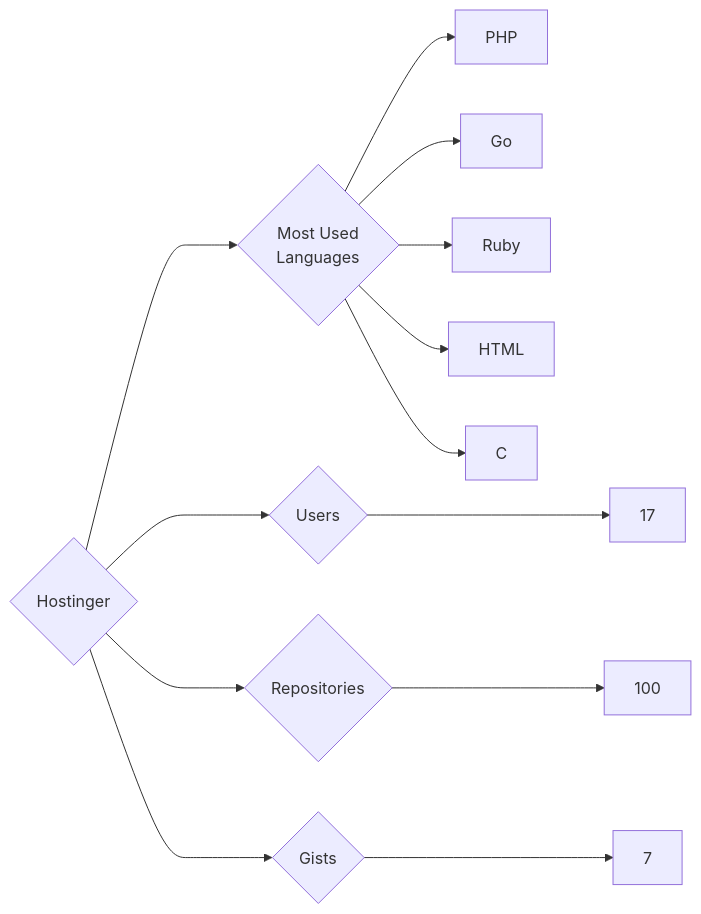
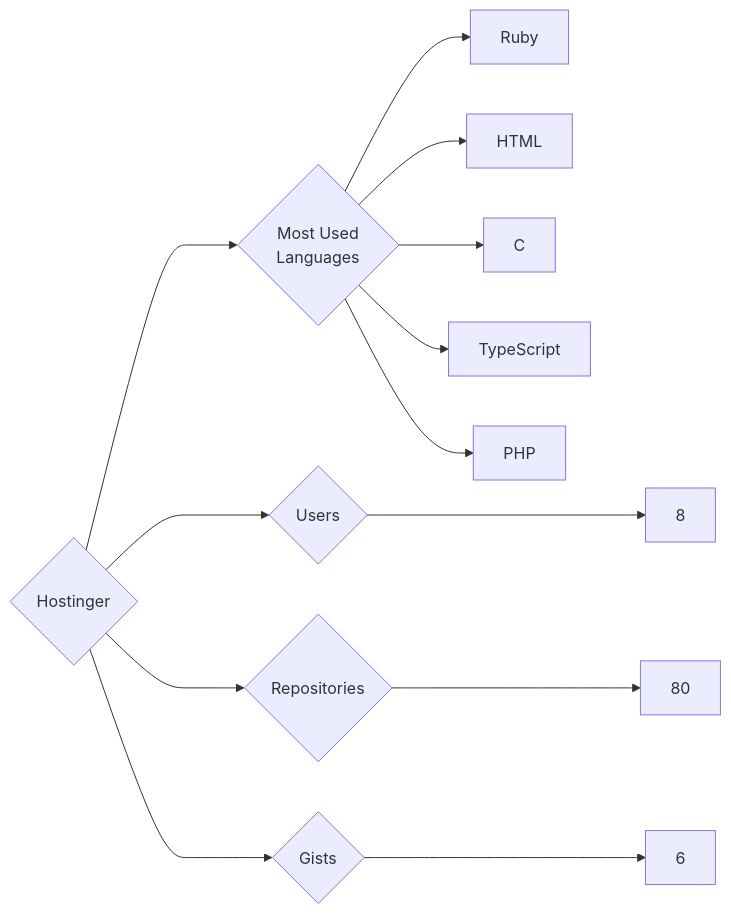
One commit to trickest/insiders changed the diagram in targets/Hostinger/README.md. Above: the diagram before and after it, drawn with Mermaid. The commit also changed 814 other files, not shown here.

````diff
--- a/targets/Hostinger/README.md
+++ b/targets/Hostinger/README.md
@@ -3,13 +3,13 @@
 ```mermaid
 graph LR
 COMPANY_NAME{Hostinger}
-COMPANY_NAME ---> U{Users} ---> UN[17]
-COMPANY_NAME ---> R{Repositories} ---> RN[100]
-COMPANY_NAME ---> G{Gists} ---> GN[7]
+COMPANY_NAME ---> U{Users} ---> UN[8]
+COMPANY_NAME ---> R{Repositories} ---> RN[80]
+COMPANY_NAME ---> G{Gists} ---> GN[6]
 COMPANY_NAME ---> ML{Most Used<br>Languages}
-ML --> PHP[PHP]
-ML --> Go[Go]
 ML --> Ruby[Ruby]
 ML --> HTML[HTML]
 ML --> C[C]
+ML --> TypeScript[TypeScript]
+ML --> PHP[PHP]
 ```
````
